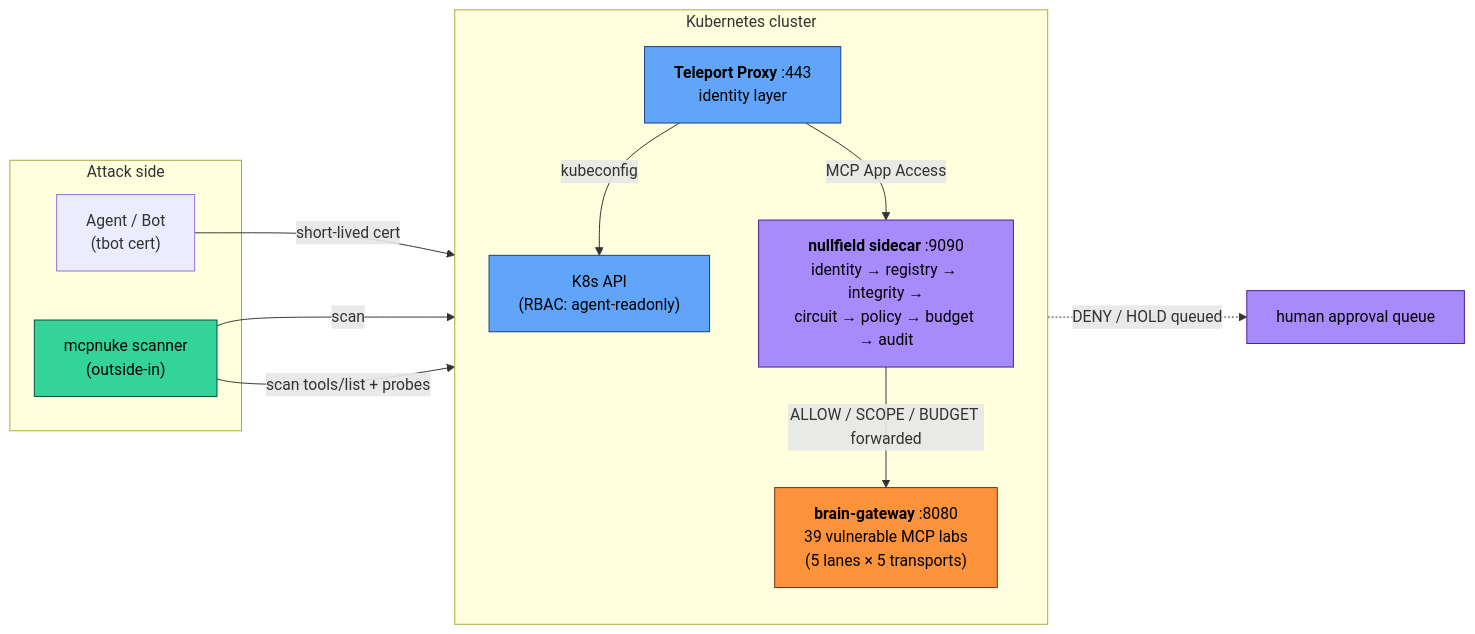
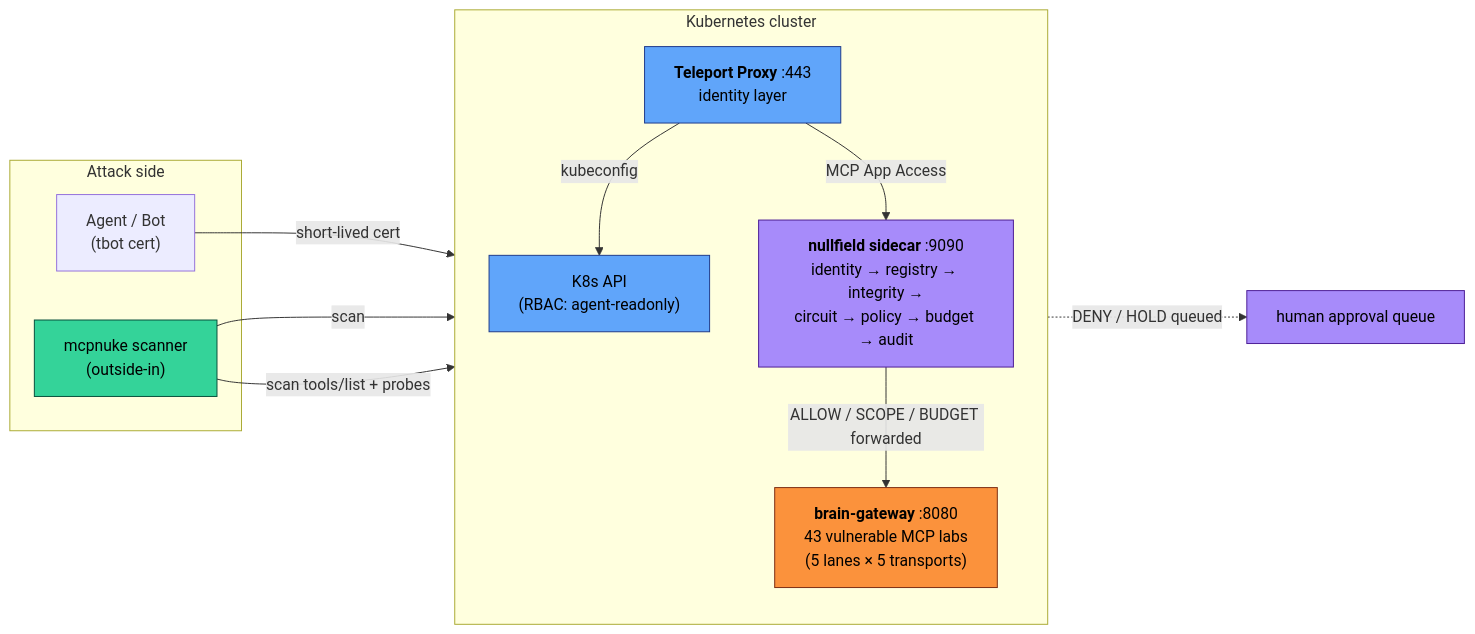
The diagram in docs/ecosystem.md (babywyrm/agentic-sec), drawn with Mermaid before and after one commit. The commit also changed other lines of this file and 6 other files, not shown here.

First line of the commit message:
docs: align with camazotz 43 labs (MCP-T41–T44); update roadmap, gaps, golden-path

````diff
--- a/docs/ecosystem.md
+++ b/docs/ecosystem.md
@@ -141,32 +141,32 @@
 ```mermaid
 flowchart LR
   subgraph Attackers["Attack side"]
     BOT["Agent / Bot<br/>(tbot cert)"]
     MCPNUKE["mcpnuke scanner<br/>(outside-in)"]
   end
 
   subgraph Cluster["Kubernetes cluster"]
     direction TB
     TELEPORT["<b>Teleport Proxy</b> :443<br/>identity layer"]
     K8S["K8s API<br/>(RBAC: agent-readonly)"]
     NF["<b>nullfield sidecar</b> :9090<br/>identity → registry → integrity →<br/>circuit → policy → budget → audit"]
-    GW["<b>brain-gateway</b> :8080<br/>39 vulnerable MCP labs<br/>(5 lanes × 5 transports)"]
+    GW["<b>brain-gateway</b> :8080<br/>43 vulnerable MCP labs<br/>(5 lanes × 5 transports)"]
   end
 
   BOT -->|short-lived cert| TELEPORT
   TELEPORT -->|kubeconfig| K8S
   TELEPORT -->|MCP App Access| NF
   NF -->|ALLOW / SCOPE / BUDGET forwarded| GW
   NF -.->|DENY / HOLD queued| HOLDQ["human approval queue"]
   MCPNUKE -->|scan| TELEPORT
   MCPNUKE -->|scan tools/list + probes| GW
 
   classDef identity fill:#60a5fa,stroke:#1e3a8a,color:#000;
   classDef policy   fill:#a78bfa,stroke:#4c1d95,color:#000;
   classDef target   fill:#fb923c,stroke:#7c2d12,color:#000;
   classDef scanner  fill:#34d399,stroke:#064e3b,color:#000;
   class TELEPORT,K8S identity;
   class NF,HOLDQ policy;
   class GW target;
   class MCPNUKE scanner;
 ```
````
